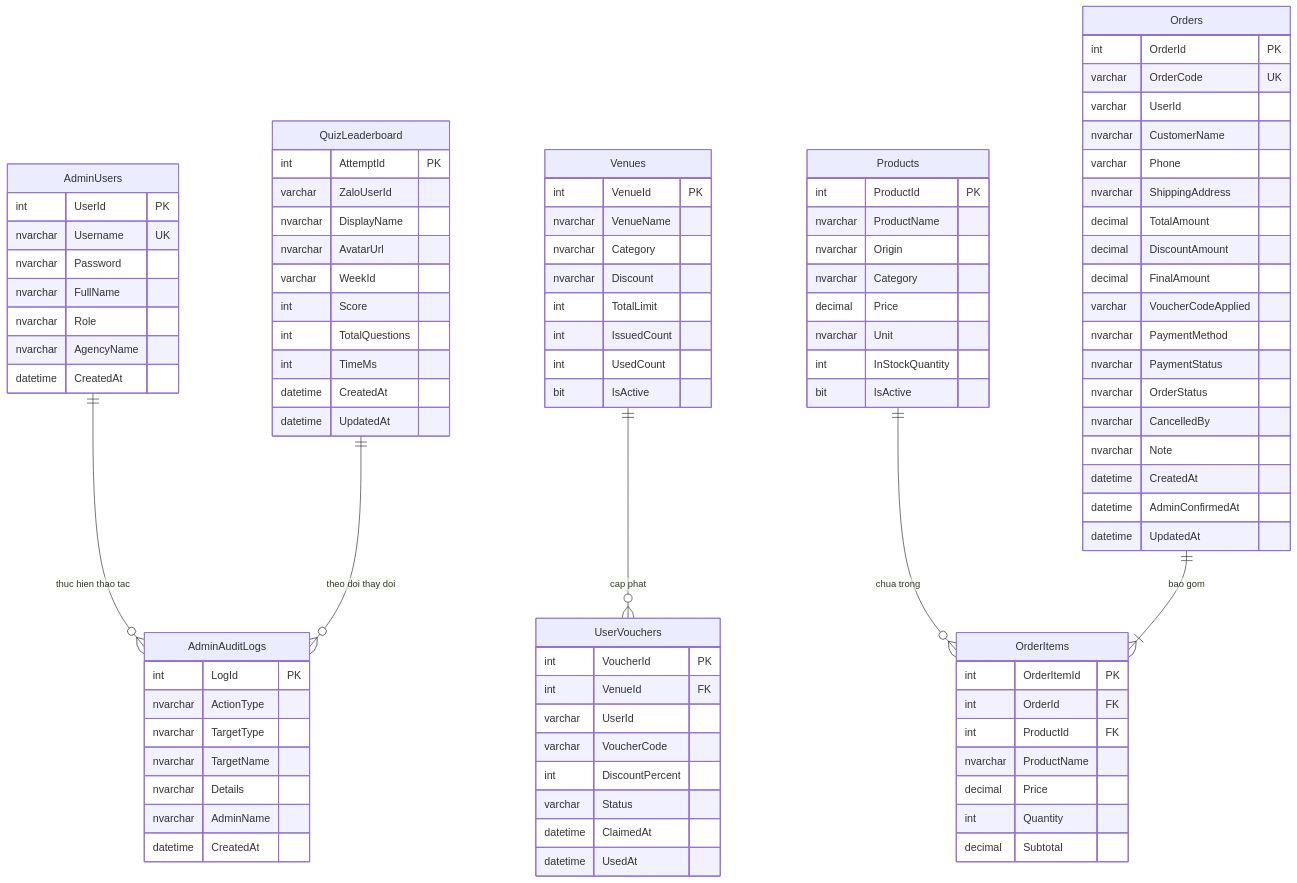
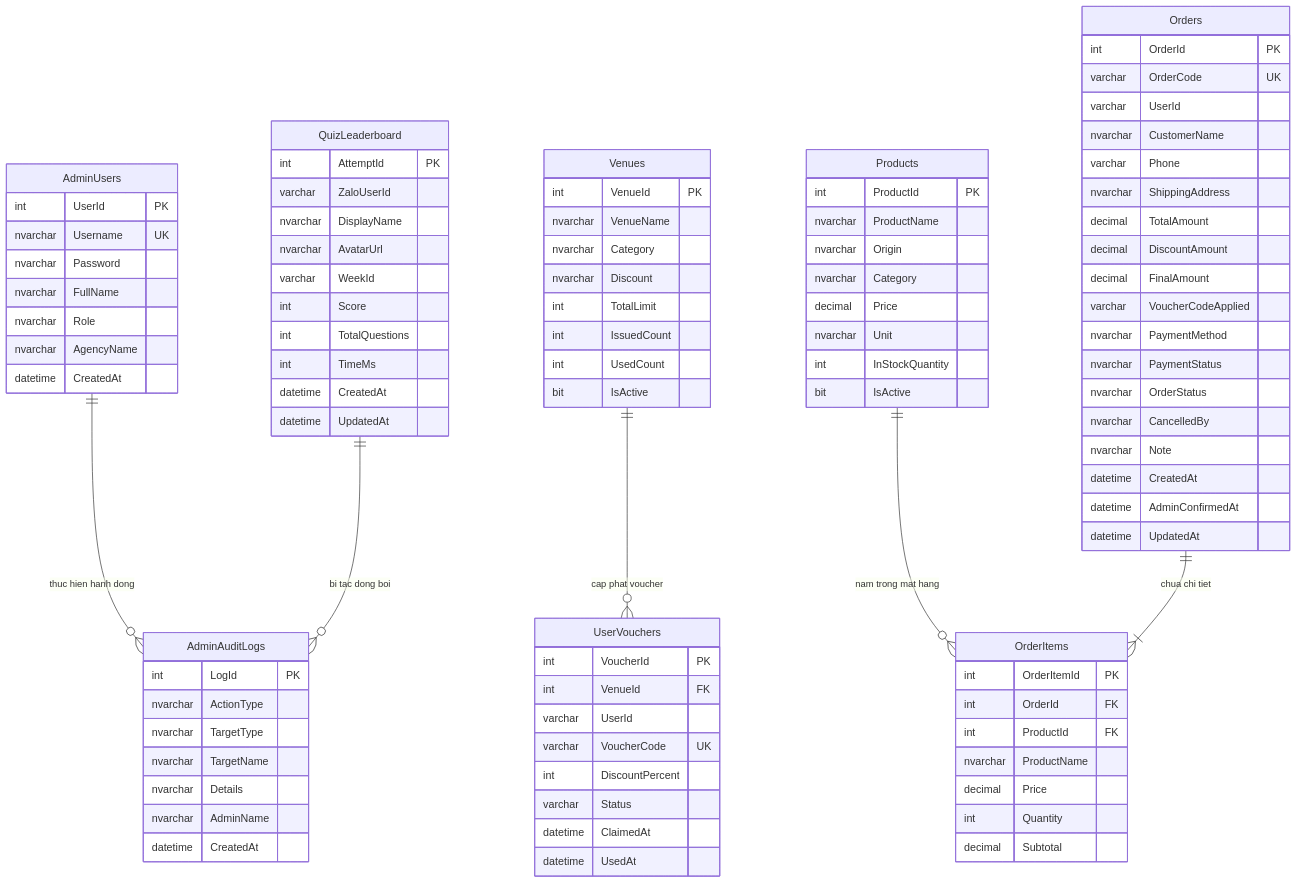
One commit to ZangKai2k3/dak-song-quest changed the ninth of 10 diagrams in MO_TA_HE_THONG.md. Above: the diagram before and after it, drawn with Mermaid. The commit also changed other lines of this file and 1 other file, not shown here.

Commit message:
docs: cap nhat toan dien tai lieu MO_TA_HE_THONG.md va README.md chuan ma nguon thuc te

````diff
--- a/MO_TA_HE_THONG.md
+++ b/MO_TA_HE_THONG.md
@@ -114,11 +718,11 @@
 ```mermaid
 erDiagram
-    AdminUsers ||--o{ AdminAuditLogs : "thuc hien thao tac"
-    Venues ||--o{ UserVouchers : "cap phat"
-    Products ||--o{ OrderItems : "chua trong"
-    Orders ||--|{ OrderItems : "bao gom"
-    QuizLeaderboard ||--o{ AdminAuditLogs : "theo doi thay doi"
-    
+    AdminUsers ||--o{ AdminAuditLogs : "thuc hien hanh dong"
+    Venues ||--o{ UserVouchers : "cap phat voucher"
+    Products ||--o{ OrderItems : "nam trong mat hang"
+    Orders ||--|{ OrderItems : "chua chi tiet"
+    QuizLeaderboard ||--o{ AdminAuditLogs : "bi tac dong boi"
+
     AdminUsers {
         int UserId PK
         nvarchar Username UK
@@ -144,7 +748,7 @@
         int VoucherId PK
         int VenueId FK
         varchar UserId
-        varchar VoucherCode
+        varchar VoucherCode UK
         int DiscountPercent
         varchar Status
         datetime ClaimedAt
````
